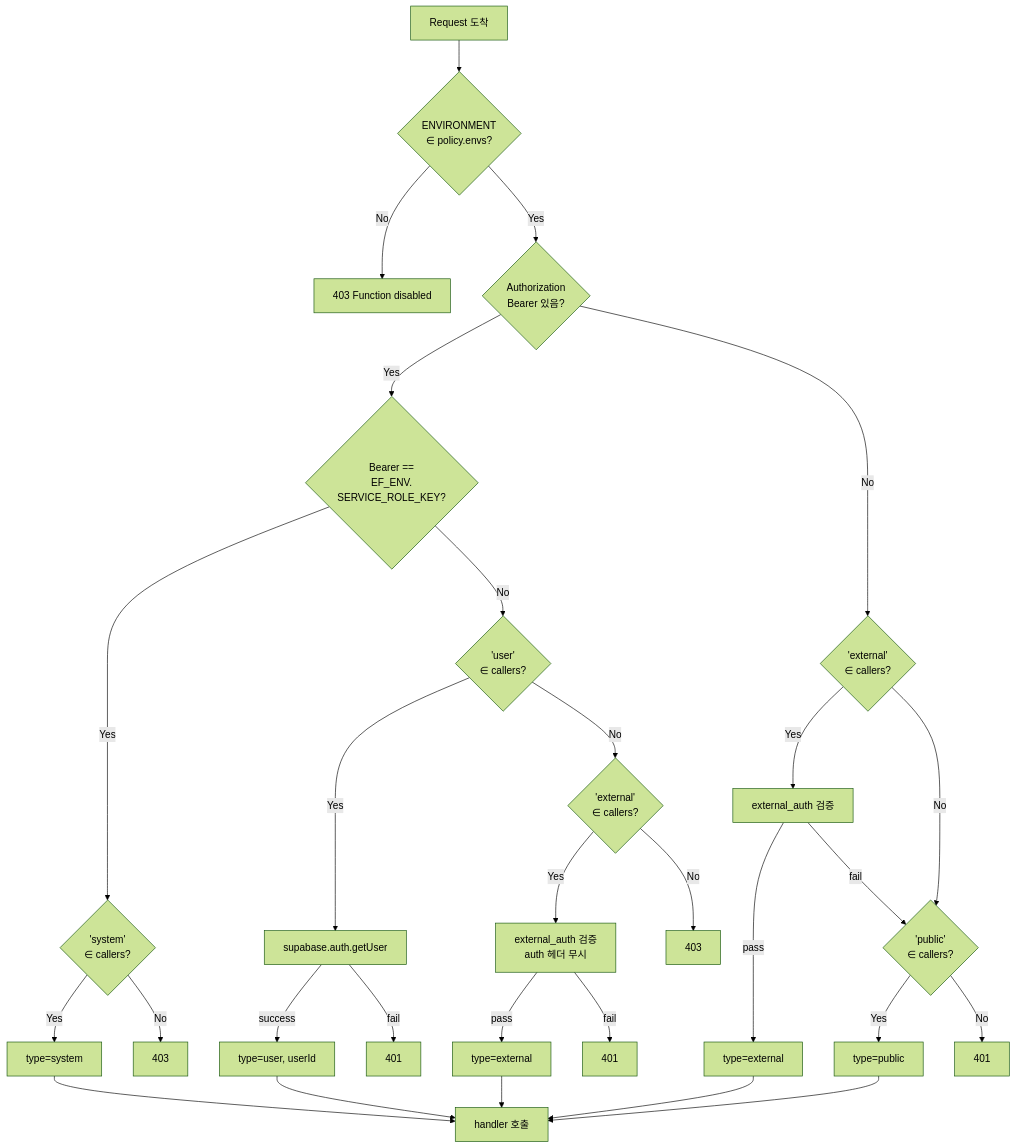
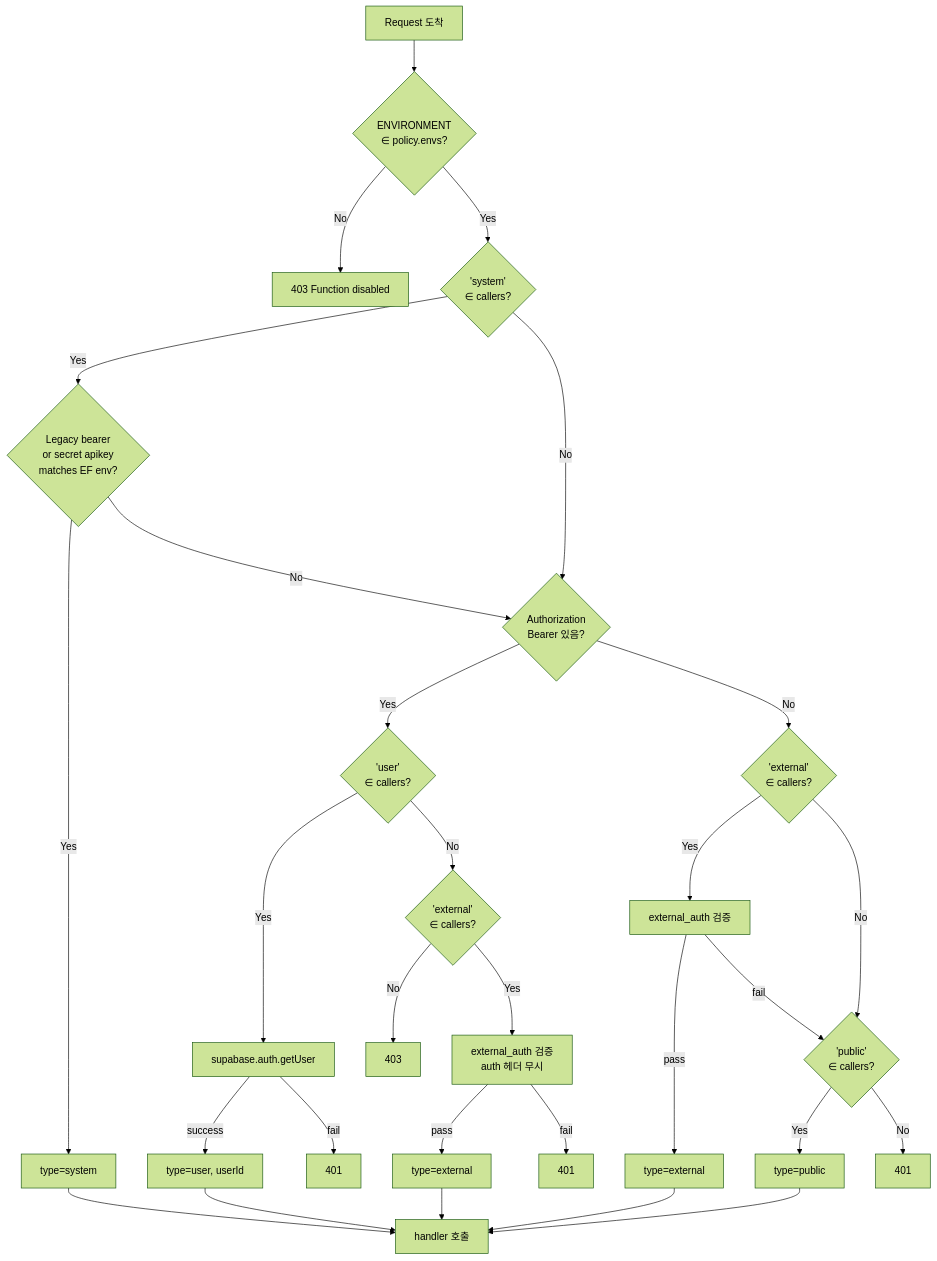
The second of 3 diagrams in docs/architecture/edge-function-auth.md (Mark-Yun/minglit), drawn with Mermaid (forest theme) before and after one commit. The commit also changed other lines of this file and 6 other files, not shown here.

Commit message:
feat(ef-auth): support sb_secret system apikey auth

````diff
--- a/docs/architecture/edge-function-auth.md
+++ b/docs/architecture/edge-function-auth.md
@@ -458,34 +464,34 @@
 ```mermaid
 flowchart TD
     Req[Request 도착] --> EnvCheck{ENVIRONMENT<br/>∈ policy.envs?}
     EnvCheck -- No --> E403_env[403 Function disabled]
-    EnvCheck -- Yes --> AuthHeader{Authorization<br/>Bearer 있음?}
+    EnvCheck -- Yes --> SysAllow{'system'<br/>∈ callers?}
+    SysAllow -- Yes --> SysMatch{Legacy bearer<br/>or secret apikey<br/>matches EF env?}
+    SysMatch -- Yes --> Pass_sys[type=system]
+    SysMatch -- No --> AuthHeader{Authorization<br/>Bearer 있음?}
+    SysAllow -- No --> AuthHeader
 
-    AuthHeader -- Yes --> SysMatch{Bearer ==<br/>EF_ENV.<br/>SERVICE_ROLE_KEY?}
-    SysMatch -- Yes --> Sys{'system'<br/>∈ callers?}
-    Sys -- Yes --> Pass_sys[type=system]
-    Sys -- No --> E403_sys[403]
-    SysMatch -- No --> UserAllow{'user'<br/>∈ callers?}
+    AuthHeader -- Yes --> UserAllow{'user'<br/>∈ callers?}
     UserAllow -- Yes --> Decode[supabase.auth.getUser]
     Decode -- success --> Pass_user[type=user, userId]
     Decode -- fail --> E401_user[401]
     UserAllow -- No --> ExtAllow1{'external'<br/>∈ callers?}
     ExtAllow1 -- Yes --> ExtCheck1[external_auth 검증<br/>auth 헤더 무시]
     ExtAllow1 -- No --> E403_user2[403]
     ExtCheck1 -- pass --> Pass_ext1[type=external]
     ExtCheck1 -- fail --> E401_ext1[401]
 
     AuthHeader -- No --> ExtAllow2{'external'<br/>∈ callers?}
     ExtAllow2 -- Yes --> ExtCheck2[external_auth 검증]
     ExtCheck2 -- pass --> Pass_ext2[type=external]
     ExtCheck2 -- fail --> Pub1{'public'<br/>∈ callers?}
     ExtAllow2 -- No --> Pub1
     Pub1 -- Yes --> Pass_pub[type=public]
     Pub1 -- No --> E401_none[401]
 
     Pass_sys --> Handler[handler 호출]
     Pass_user --> Handler
     Pass_ext1 --> Handler
     Pass_ext2 --> Handler
     Pass_pub --> Handler
 ```
````
